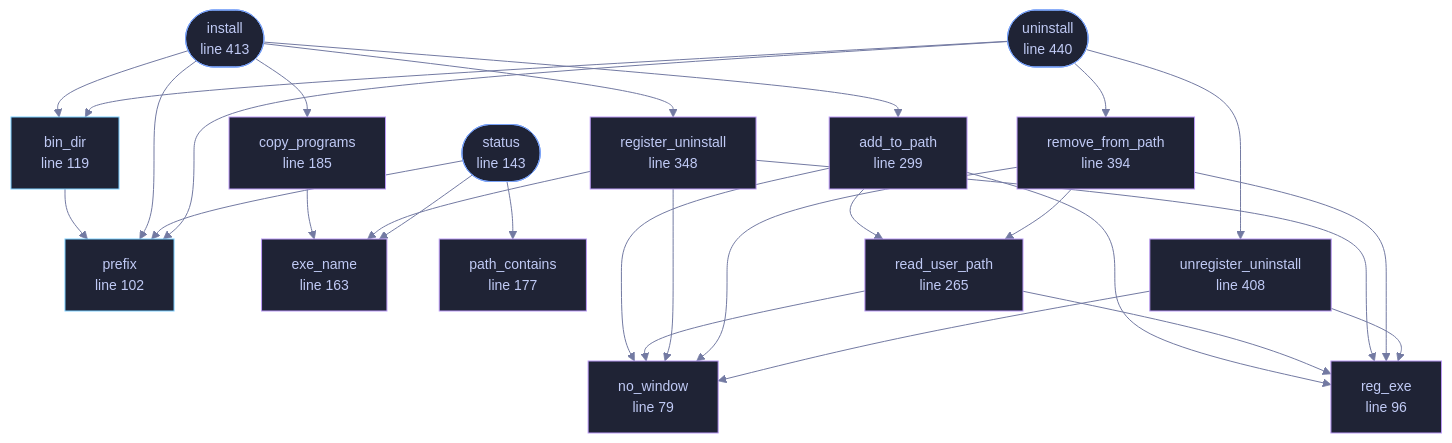
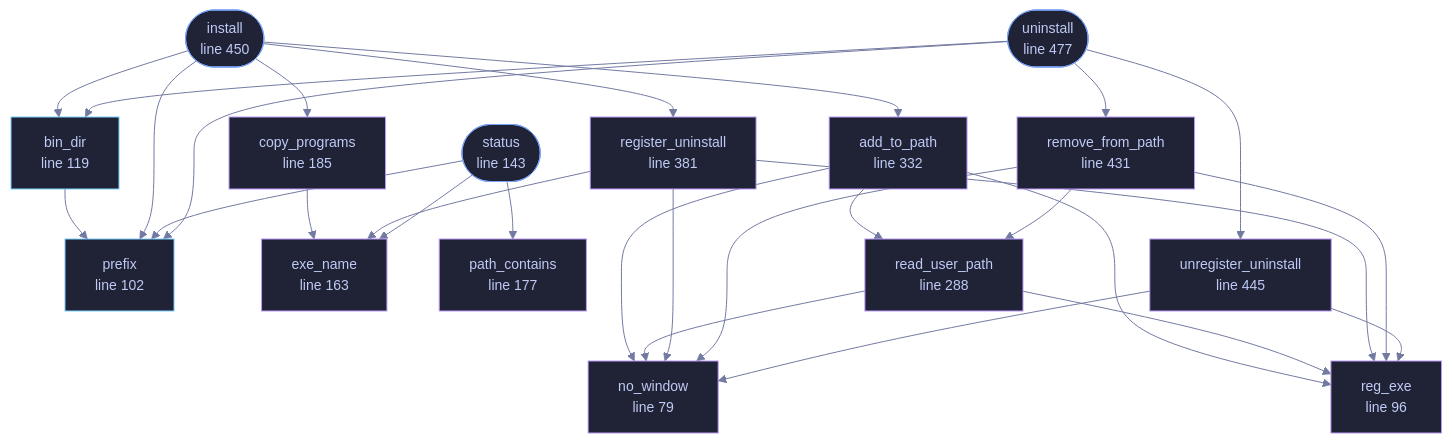
One commit to tilas01/veilvoice changed the diagram in docs/files/veilvoice-cli/install.md. Above: the diagram before and after it, drawn with Mermaid. The commit also changed other lines of this file and 10 other files, not shown here.

First line of the commit message:
audit: F-60 -- the installer could have replaced a user's entire PATH

````diff
--- a/docs/files/veilvoice-cli/install.md
+++ b/docs/files/veilvoice-cli/install.md
@@ -104,75 +105,75 @@
 ```mermaid
 %%{init: {"theme":"base","themeVariables":{"background":"#1a1b26","primaryColor":"#1f2335","primaryTextColor":"#c0caf5","primaryBorderColor":"#7aa2f7","secondaryColor":"#16161e","tertiaryColor":"#16161e","lineColor":"#737aa2","textColor":"#c0caf5","mainBkg":"#1f2335","nodeBorder":"#7aa2f7","clusterBkg":"#16161e","clusterBorder":"#2f3549","fontFamily":"ui-monospace, SFMono-Regular, Consolas, monospace","fontSize":"14px"}}}%%
 flowchart TD
     n_no_window["no_window<br/>line 79"]
     n_reg_exe["reg_exe<br/>line 96"]
     n_prefix["prefix<br/>line 102"]
     n_bin_dir["bin_dir<br/>line 119"]
     n_status(["status<br/>line 143"])
     n_exe_name["exe_name<br/>line 163"]
     n_path_contains["path_contains<br/>line 177"]
     n_copy_programs["copy_programs<br/>line 185"]
     n_add_to_path["add_to_path<br/>line 227"]
-    n_read_user_path["read_user_path<br/>line 265"]
-    n_add_to_path["add_to_path<br/>line 299"]
-    n_register_uninstall["register_uninstall<br/>line 309"]
-    n_register_uninstall["register_uninstall<br/>line 348"]
-    n_remove_from_path["remove_from_path<br/>line 353"]
-    n_remove_from_path["remove_from_path<br/>line 394"]
-    n_unregister_uninstall["unregister_uninstall<br/>line 399"]
-    n_unregister_uninstall["unregister_uninstall<br/>line 408"]
-    n_install(["install<br/>line 413"])
-    n_uninstall(["uninstall<br/>line 440"])
+    n_read_user_path["read_user_path<br/>line 288"]
+    n_add_to_path["add_to_path<br/>line 332"]
+    n_register_uninstall["register_uninstall<br/>line 342"]
+    n_register_uninstall["register_uninstall<br/>line 381"]
+    n_remove_from_path["remove_from_path<br/>line 386"]
+    n_remove_from_path["remove_from_path<br/>line 431"]
+    n_unregister_uninstall["unregister_uninstall<br/>line 436"]
+    n_unregister_uninstall["unregister_uninstall<br/>line 445"]
+    n_install(["install<br/>line 450"])
+    n_uninstall(["uninstall<br/>line 477"])
     n_add_to_path --> n_no_window
     n_add_to_path --> n_read_user_path
     n_add_to_path --> n_reg_exe
     n_bin_dir --> n_prefix
     n_copy_programs --> n_exe_name
     n_install --> n_add_to_path
     n_install --> n_bin_dir
     n_install --> n_copy_programs
     n_install --> n_prefix
     n_install --> n_register_uninstall
     n_read_user_path --> n_no_window
     n_read_user_path --> n_reg_exe
     n_register_uninstall --> n_exe_name
     n_register_uninstall --> n_no_window
     n_register_uninstall --> n_reg_exe
     n_remove_from_path --> n_no_window
     n_remove_from_path --> n_read_user_path
     n_remove_from_path --> n_reg_exe
     n_status --> n_exe_name
     n_status --> n_path_contains
     n_status --> n_prefix
     n_uninstall --> n_bin_dir
     n_uninstall --> n_prefix
     n_uninstall --> n_remove_from_path
     n_uninstall --> n_unregister_uninstall
     n_unregister_uninstall --> n_no_window
     n_unregister_uninstall --> n_reg_exe
     click n_no_window href "https://github.com/tilas01/veilvoice/blob/main/crates/veilvoice-cli/src/install.rs#L79" "open the source"
     click n_reg_exe href "https://github.com/tilas01/veilvoice/blob/main/crates/veilvoice-cli/src/install.rs#L96" "open the source"
     click n_prefix href "https://github.com/tilas01/veilvoice/blob/main/crates/veilvoice-cli/src/install.rs#L102" "open the source"
     click n_bin_dir href "https://github.com/tilas01/veilvoice/blob/main/crates/veilvoice-cli/src/install.rs#L119" "open the source"
     click n_status href "https://github.com/tilas01/veilvoice/blob/main/crates/veilvoice-cli/src/install.rs#L143" "open the source"
     click n_exe_name href "https://github.com/tilas01/veilvoice/blob/main/crates/veilvoice-cli/src/install.rs#L163" "open the source"
     click n_path_contains href "https://github.com/tilas01/veilvoice/blob/main/crates/veilvoice-cli/src/install.rs#L177" "open the source"
     click n_copy_programs href "https://github.com/tilas01/veilvoice/blob/main/crates/veilvoice-cli/src/install.rs#L185" "open the source"
     click n_add_to_path href "https://github.com/tilas01/veilvoice/blob/main/crates/veilvoice-cli/src/install.rs#L227" "open the source"
-    click n_read_user_path href "https://github.com/tilas01/veilvoice/blob/main/crates/veilvoice-cli/src/install.rs#L265" "open the source"
-    click n_add_to_path href "https://github.com/tilas01/veilvoice/blob/main/crates/veilvoice-cli/src/install.rs#L299" "open the source"
-    click n_register_uninstall href "https://github.com/tilas01/veilvoice/blob/main/crates/veilvoice-cli/src/install.rs#L309" "open the source"
-    click n_register_uninstall href "https://github.com/tilas01/veilvoice/blob/main/crates/veilvoice-cli/src/install.rs#L348" "open the source"
-    click n_remove_from_path href "https://github.com/tilas01/veilvoice/blob/main/crates/veilvoice-cli/src/install.rs#L353" "open the source"
-    click n_remove_from_path href "https://github.com/tilas01/veilvoice/blob/main/crates/veilvoice-cli/src/install.rs#L394" "open the source"
-    click n_unregister_uninstall href "https://github.com/tilas01/veilvoice/blob/main/crates/veilvoice-cli/src/install.rs#L399" "open the source"
-    click n_unregister_uninstall href "https://github.com/tilas01/veilvoice/blob/main/crates/veilvoice-cli/src/install.rs#L408" "open the source"
-    click n_install href "https://github.com/tilas01/veilvoice/blob/main/crates/veilvoice-cli/src/install.rs#L413" "open the source"
-    click n_uninstall href "https://github.com/tilas01/veilvoice/blob/main/crates/veilvoice-cli/src/install.rs#L440" "open the source"
+    click n_read_user_path href "https://github.com/tilas01/veilvoice/blob/main/crates/veilvoice-cli/src/install.rs#L288" "open the source"
+    click n_add_to_path href "https://github.com/tilas01/veilvoice/blob/main/crates/veilvoice-cli/src/install.rs#L332" "open the source"
+    click n_register_uninstall href "https://github.com/tilas01/veilvoice/blob/main/crates/veilvoice-cli/src/install.rs#L342" "open the source"
+    click n_register_uninstall href "https://github.com/tilas01/veilvoice/blob/main/crates/veilvoice-cli/src/install.rs#L381" "open the source"
+    click n_remove_from_path href "https://github.com/tilas01/veilvoice/blob/main/crates/veilvoice-cli/src/install.rs#L386" "open the source"
+    click n_remove_from_path href "https://github.com/tilas01/veilvoice/blob/main/crates/veilvoice-cli/src/install.rs#L431" "open the source"
+    click n_unregister_uninstall href "https://github.com/tilas01/veilvoice/blob/main/crates/veilvoice-cli/src/install.rs#L436" "open the source"
+    click n_unregister_uninstall href "https://github.com/tilas01/veilvoice/blob/main/crates/veilvoice-cli/src/install.rs#L445" "open the source"
+    click n_install href "https://github.com/tilas01/veilvoice/blob/main/crates/veilvoice-cli/src/install.rs#L450" "open the source"
+    click n_uninstall href "https://github.com/tilas01/veilvoice/blob/main/crates/veilvoice-cli/src/install.rs#L477" "open the source"
     classDef entry fill:#1f2335,stroke:#7aa2f7,color:#c0caf5
     class n_status,n_install,n_uninstall entry
     classDef api fill:#1f2335,stroke:#7dcfff,color:#c0caf5
     class n_prefix,n_bin_dir api
     classDef helper fill:#1f2335,stroke:#bb9af7,color:#c0caf5
     class n_no_window,n_reg_exe,n_exe_name,n_path_contains,n_copy_programs,n_add_to_path,n_read_user_path,n_add_to_path,n_register_uninstall,n_register_uninstall,n_remove_from_path,n_remove_from_path,n_unregister_uninstall,n_unregister_uninstall helper
 ```
````
